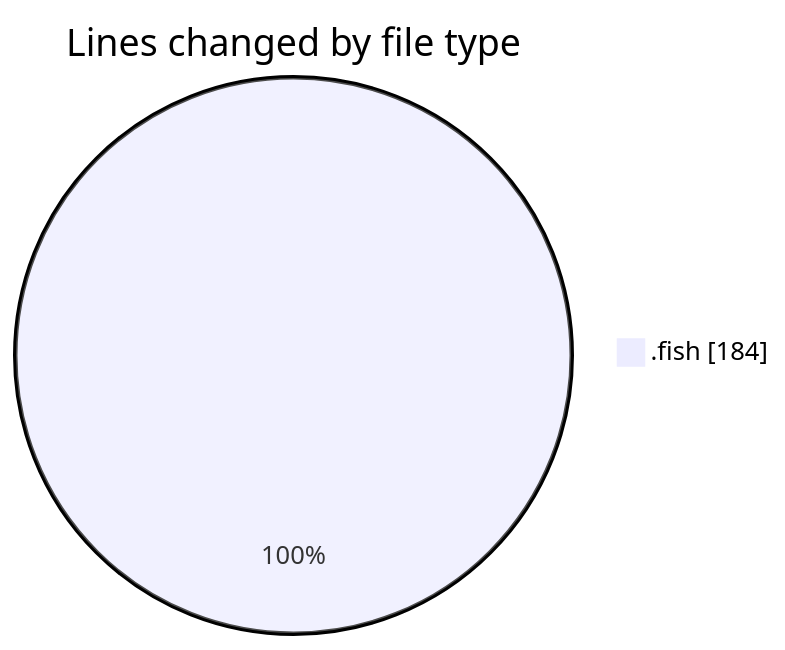
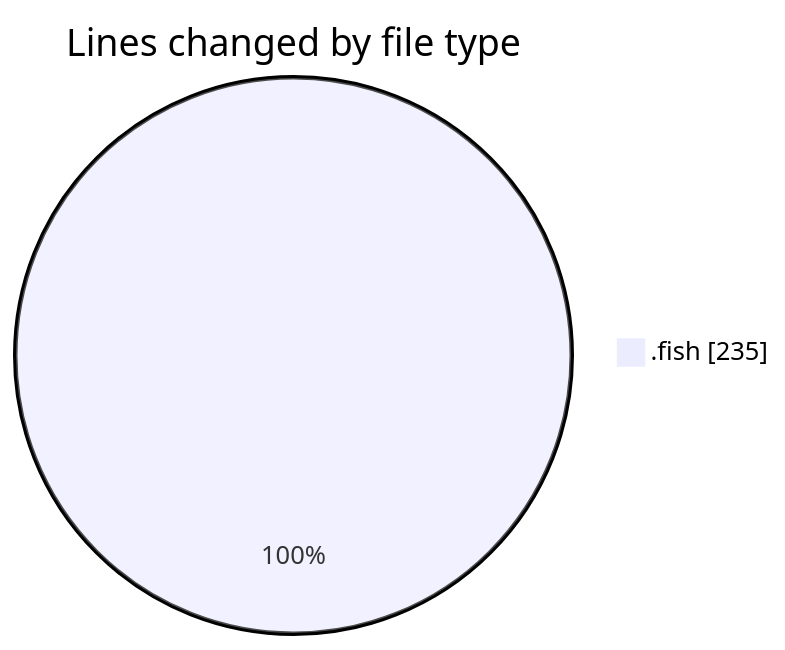
Before and after one commit to EIIisD/code-tracking: the first of 2 diagrams in 2025-08-03/fish/README.md, drawn with Mermaid. The commit also changed other lines of this file and 1 other file, not shown here.

````diff
--- a/2025-08-03/fish/README.md
+++ b/2025-08-03/fish/README.md
@@ -22,5 +22,5 @@
 ```mermaid
 pie showData
 title Lines changed by file type
-".fish" : 184
+".fish" : 235
 ```
````
